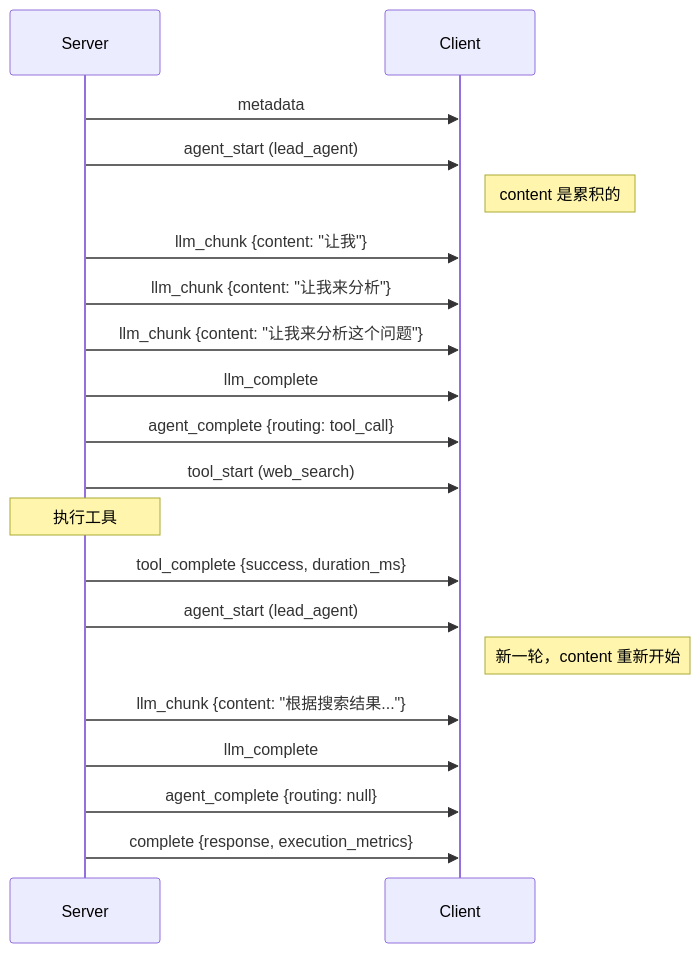
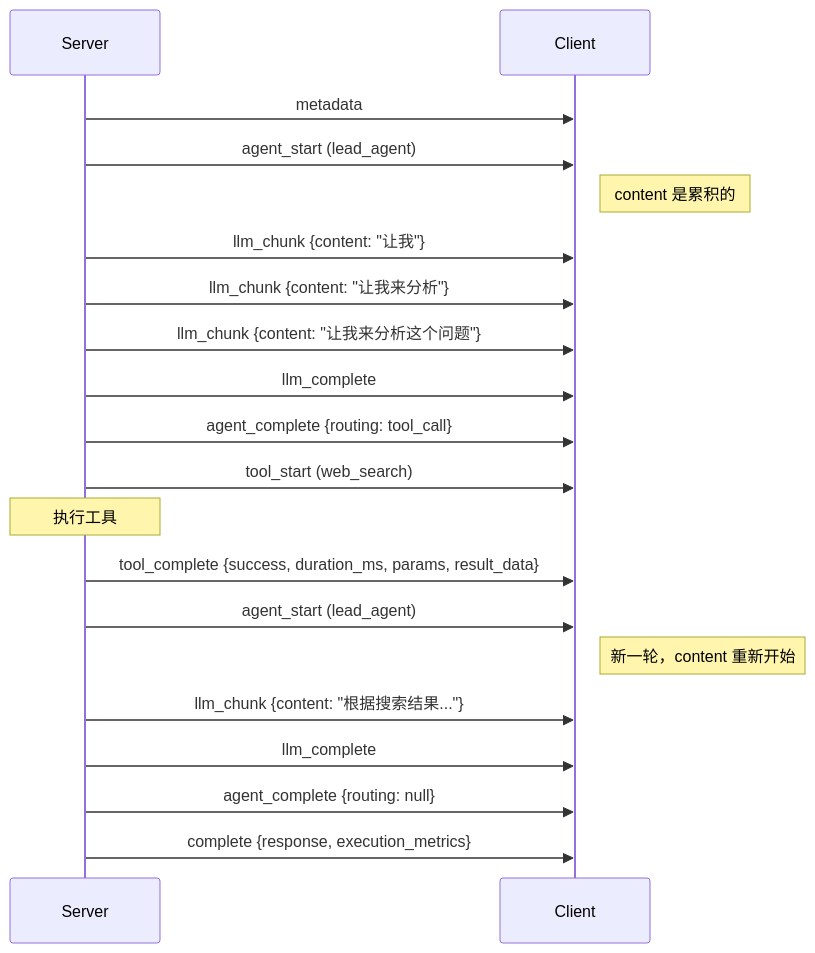
One commit to Neutrino1998/artifact-flow changed the second of 2 diagrams in docs/streaming.md. Above: the diagram before and after it, drawn with Mermaid. The commit also changed other lines of this file and 3 other files, not shown here.

````diff
--- a/docs/streaming.md
+++ b/docs/streaming.md
@@ -60,26 +60,26 @@
 ```mermaid
 sequenceDiagram
     participant S as Server
     participant C as Client
 
     S->>C: metadata
     S->>C: agent_start (lead_agent)
     Note right of C: content 是累积的
     S->>C: llm_chunk {content: "让我"}
     S->>C: llm_chunk {content: "让我来分析"}
     S->>C: llm_chunk {content: "让我来分析这个问题"}
     S->>C: llm_complete
     S->>C: agent_complete {routing: tool_call}
 
     S->>C: tool_start (web_search)
     Note over S: 执行工具
-    S->>C: tool_complete {success, duration_ms}
+    S->>C: tool_complete {success, duration_ms, params, result_data}
 
     S->>C: agent_start (lead_agent)
     Note right of C: 新一轮，content 重新开始
     S->>C: llm_chunk {content: "根据搜索结果..."}
     S->>C: llm_complete
     S->>C: agent_complete {routing: null}
 
     S->>C: complete {response, execution_metrics}
 ```
````
